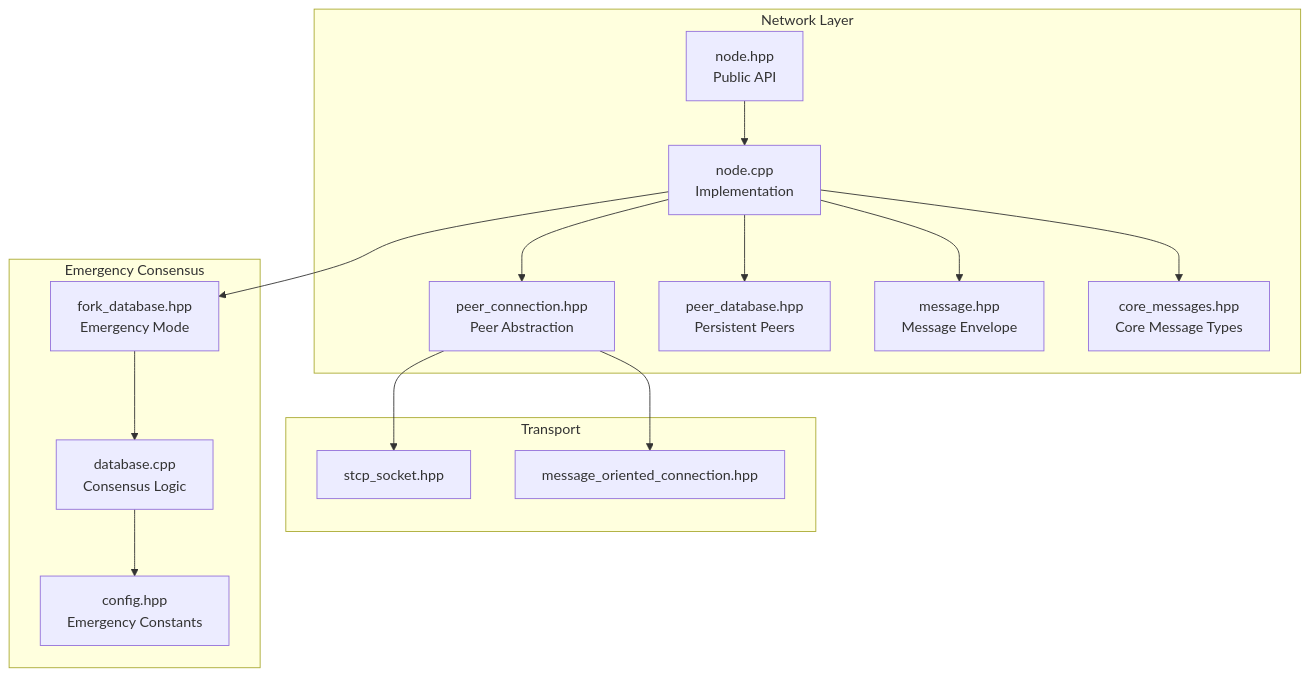
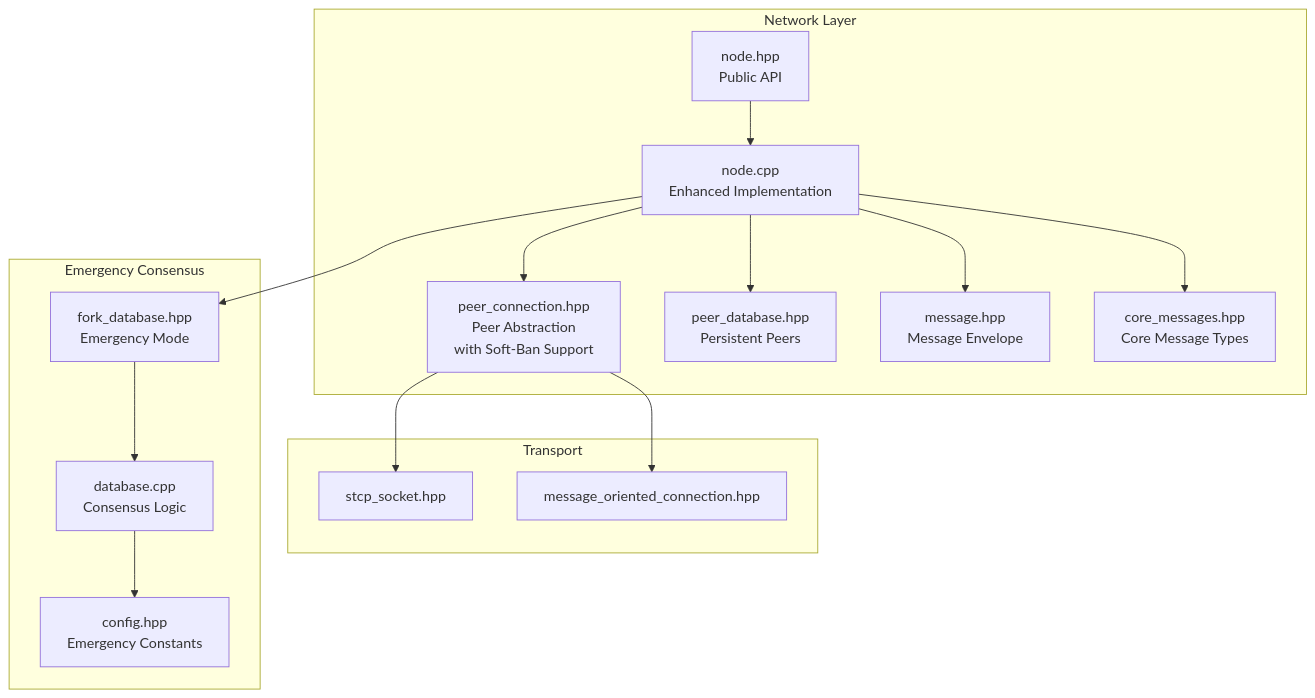
One commit to VIZ-Blockchain/viz-cpp-node changed the first of 13 diagrams in .qoder/repowiki/en/content/Architecture Overview/Core Libraries/Network Library/Node Management.md. Above: the diagram before and after it, drawn with Mermaid. The commit also changed other lines of this file and 4 other files, not shown here.

````diff
--- a/.qoder/repowiki/en/content/Architecture Overview/Core Libraries/Network Library/Node Management.md
+++ b/.qoder/repowiki/en/content/Architecture Overview/Core Libraries/Network Library/Node Management.md
@@ -53,30 +55,30 @@
 ```mermaid
 graph TB
 subgraph "Network Layer"
 N["node.hpp<br/>Public API"]
-NI["node.cpp<br/>Implementation"]
-PC["peer_connection.hpp<br/>Peer Abstraction"]
+NI["node.cpp<br/>Enhanced Implementation"]
+PC["peer_connection.hpp<br/>Peer Abstraction<br/>with Soft-Ban Support"]
 PD["peer_database.hpp<br/>Persistent Peers"]
 MSG["message.hpp<br/>Message Envelope"]
 CM["core_messages.hpp<br/>Core Message Types"]
 end
 subgraph "Transport"
 STCP["stcp_socket.hpp"]
 MOC["message_oriented_connection.hpp"]
 end
 subgraph "Emergency Consensus"
 FD["fork_database.hpp<br/>Emergency Mode"]
 DBC["database.cpp<br/>Consensus Logic"]
 CFG["config.hpp<br/>Emergency Constants"]
 end
 N --> NI
 NI --> PC
 NI --> PD
 NI --> MSG
 NI --> CM
 PC --> STCP
 PC --> MOC
 NI --> FD
 FD --> DBC
 DBC --> CFG
 ```
````
